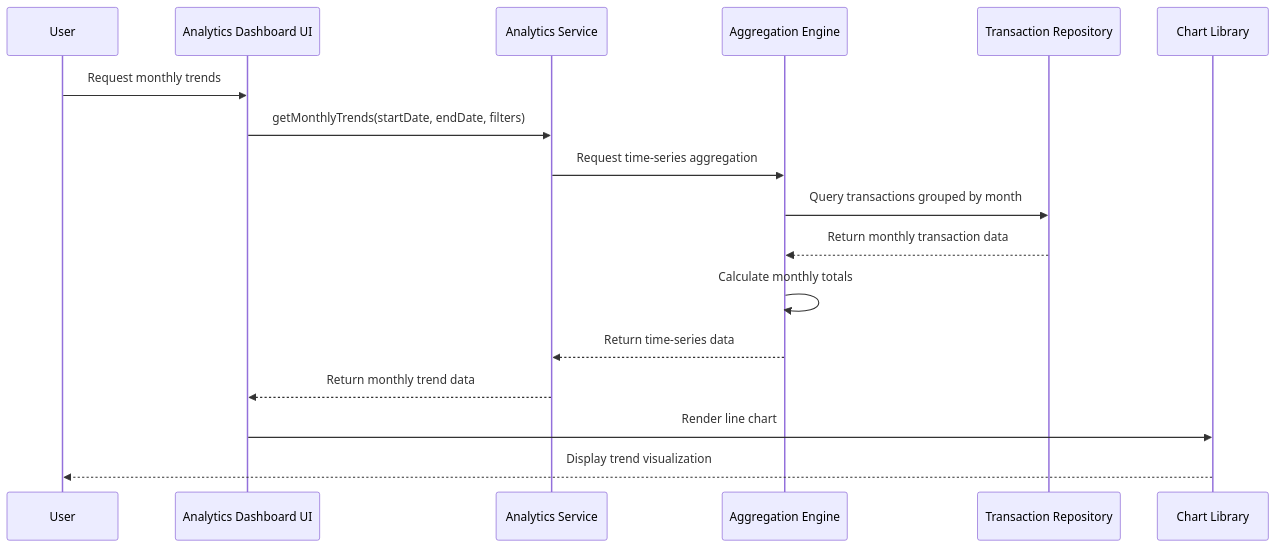
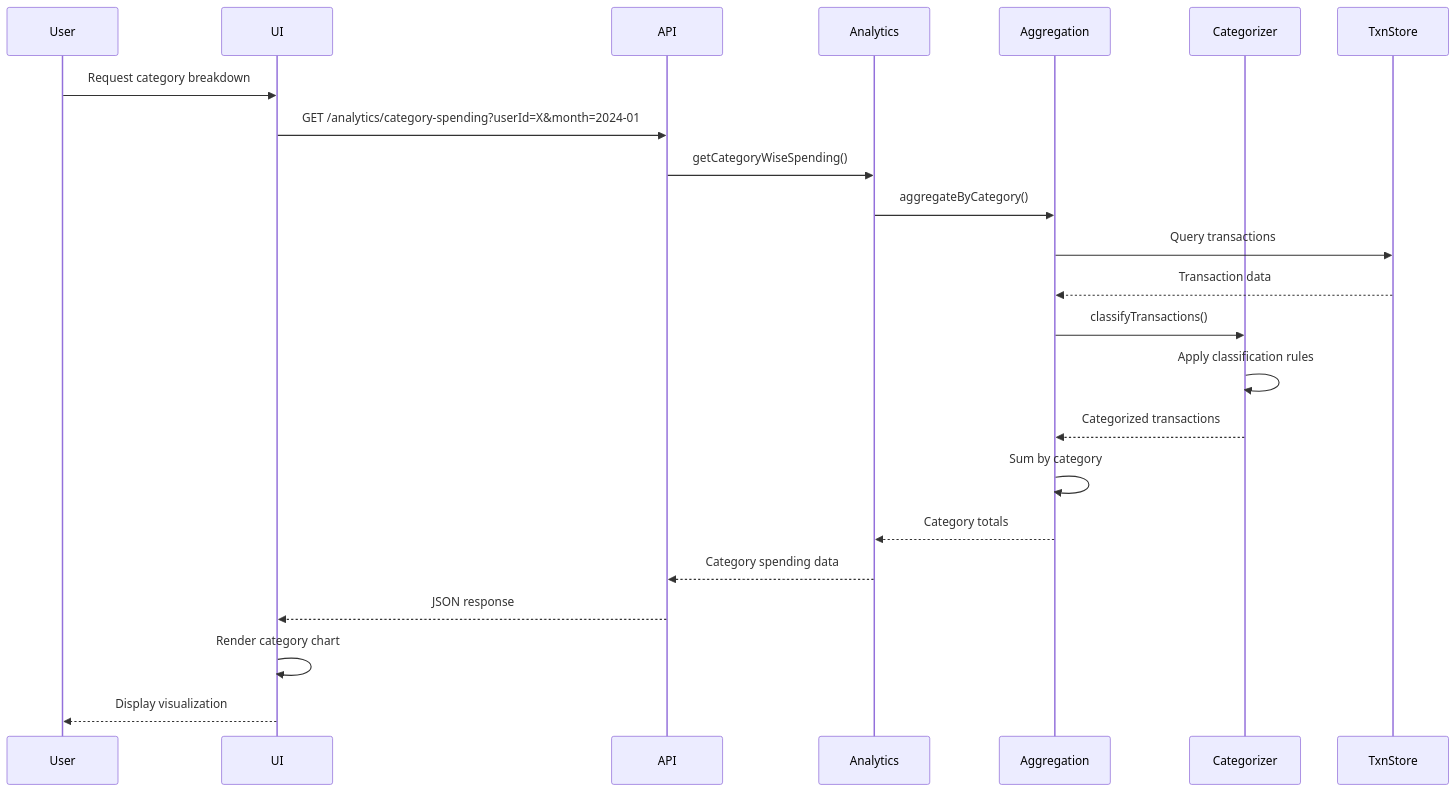
One commit to AAVA-Demo/APB_Demo changed the third of 3 diagrams in HLD/PRD1-Analytics_and_Spending_Insights_HLD.md. Above: the diagram before and after it, drawn with Mermaid. The commit also changed other lines of this file, not shown here.

````diff
--- a/HLD/PRD1-Analytics_and_Spending_Insights_HLD.md
+++ b/HLD/PRD1-Analytics_and_Spending_Insights_HLD.md
@@ -260,20 +236,26 @@
 ```mermaid
 sequenceDiagram
     participant User
-    participant UI as Analytics Dashboard UI
-    participant AS as Analytics Service
-    participant AE as Aggregation Engine
-    participant TR as Transaction Repository
-    participant Chart as Chart Library
+    participant UI
+    participant API
+    participant Analytics
+    participant Aggregation
+    participant Categorizer
+    participant TxnStore
     
-    User->>UI: Request monthly trends
-    UI->>AS: getMonthlyTrends(startDate, endDate, filters)
-    AS->>AE: Request time-series aggregation
-    AE->>TR: Query transactions grouped by month
-    TR-->>AE: Return monthly transaction data
-    AE->>AE: Calculate monthly totals
-    AE-->>AS: Return time-series data
-    AS-->>UI: Return monthly trend data
-    UI->>Chart: Render line chart
-    Chart-->>User: Display trend visualization
+    User->>UI: Request category breakdown
+    UI->>API: GET /analytics/category-spending?userId=X&month=2024-01
+    API->>Analytics: getCategoryWiseSpending()
+    Analytics->>Aggregation: aggregateByCategory()
+    Aggregation->>TxnStore: Query transactions
+    TxnStore-->>Aggregation: Transaction data
+    Aggregation->>Categorizer: classifyTransactions()
+    Categorizer->>Categorizer: Apply classification rules
+    Categorizer-->>Aggregation: Categorized transactions
+    Aggregation->>Aggregation: Sum by category
+    Aggregation-->>Analytics: Category totals
+    Analytics-->>API: Category spending data
+    API-->>UI: JSON response
+    UI->>UI: Render category chart
+    UI-->>User: Display visualization
 ```
````
